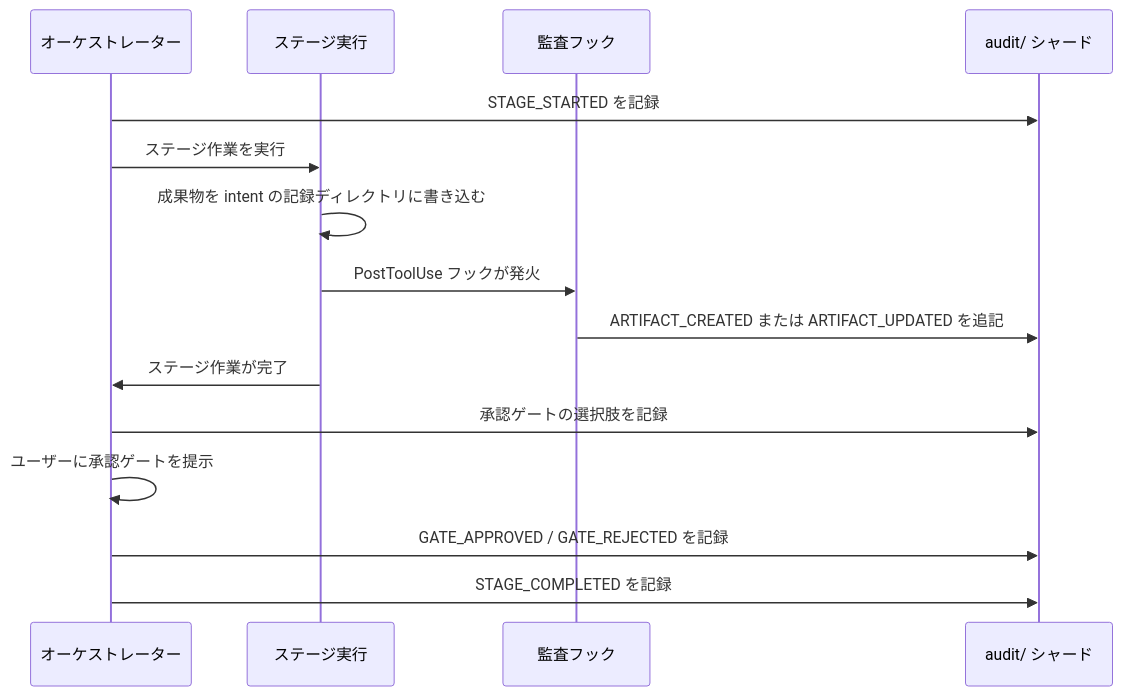
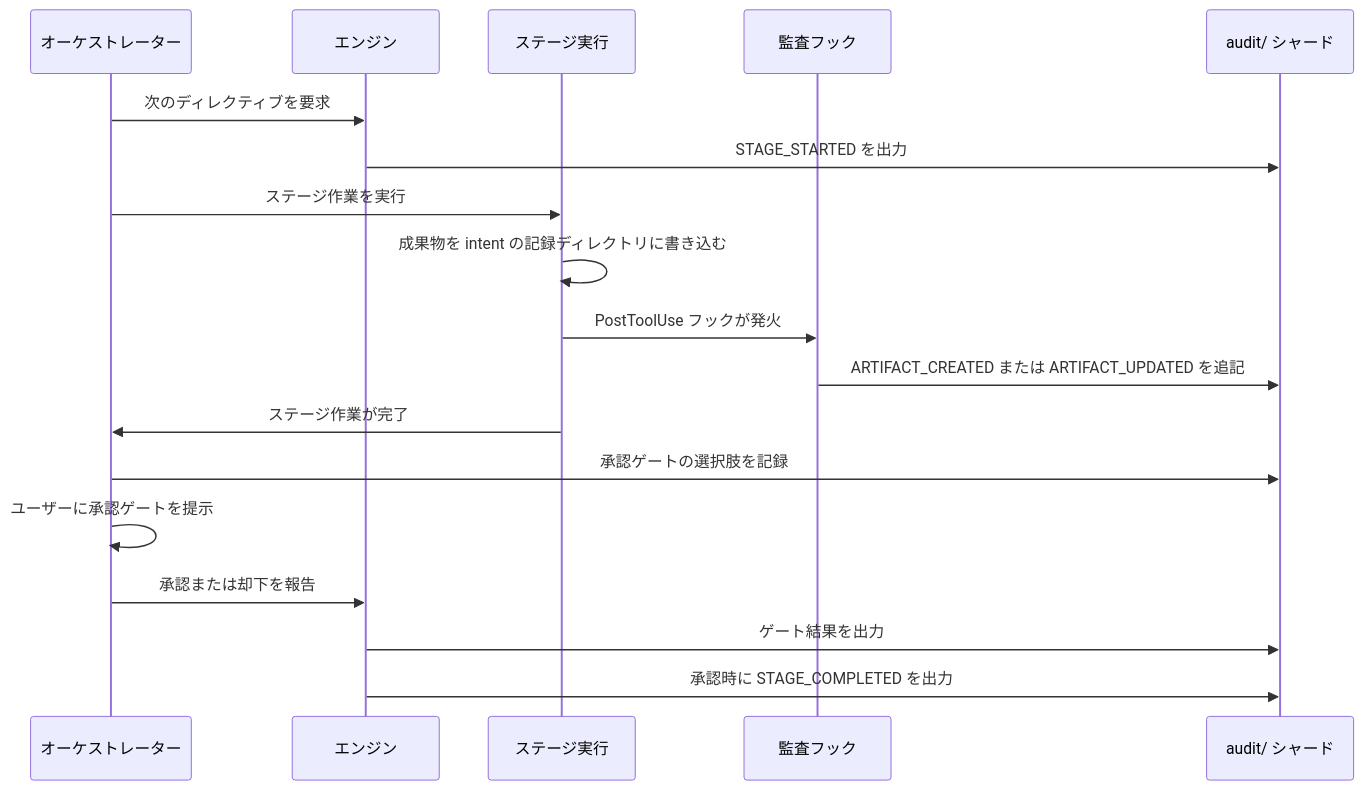
Before and after one commit to otomatty/aidlc-workflows-docs: the second of 2 diagrams in docs/guide/10-state-and-audit.mdx, drawn with Mermaid. The commit also changed other lines of this file and 71 other files, not shown here.

````diff
--- a/docs/guide/10-state-and-audit.mdx
+++ b/docs/guide/10-state-and-audit.mdx
@@ -140,18 +140,21 @@
 ```mermaid
 sequenceDiagram
     participant O as オーケストレーター
+    participant E as エンジン
     participant S as ステージ実行
     participant H as 監査フック
     participant A as audit/ シャード
 
-    O->>A: STAGE_STARTED を記録
+    O->>E: 次のディレクティブを要求
+    E->>A: STAGE_STARTED を出力
     O->>S: ステージ作業を実行
     S->>S: 成果物を intent の記録ディレクトリに書き込む
     S->>H: PostToolUse フックが発火
     H->>A: ARTIFACT_CREATED または ARTIFACT_UPDATED を追記
     S->>O: ステージ作業が完了
     O->>A: 承認ゲートの選択肢を記録
     O->>O: ユーザーに承認ゲートを提示
-    O->>A: GATE_APPROVED / GATE_REJECTED を記録
-    O->>A: STAGE_COMPLETED を記録
+    O->>E: 承認または却下を報告
+    E->>A: ゲート結果を出力
+    E->>A: 承認時に STAGE_COMPLETED を出力
 ```
````
